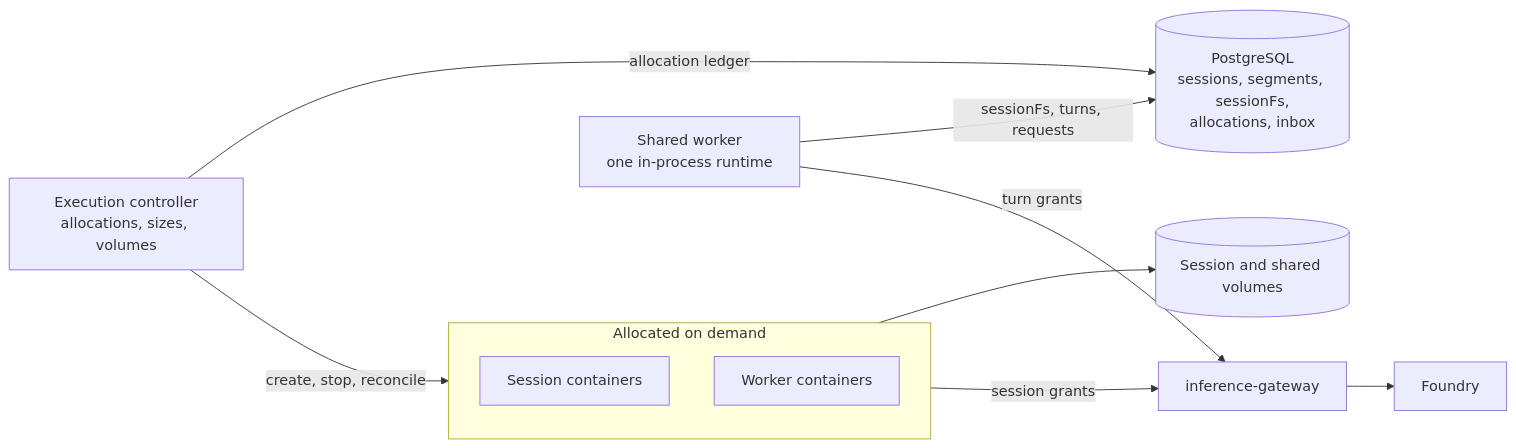
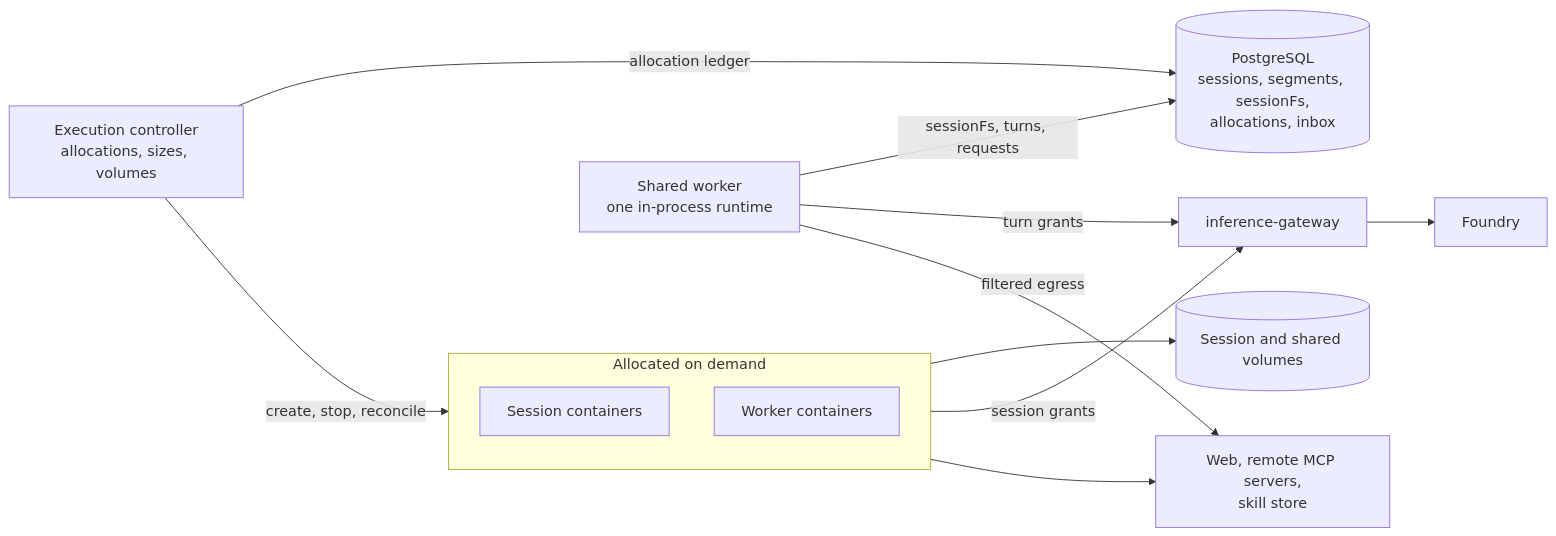
One commit to patniko/copilot-sdk-aspire changed the second of 4 diagrams in docs/HOSTING-MODES-PLAN.md. Above: the diagram before and after it, drawn with Mermaid. The commit also changed other lines of this file and 1 other file, not shown here.

````diff
--- a/docs/HOSTING-MODES-PLAN.md
+++ b/docs/HOSTING-MODES-PLAN.md
@@ -210,20 +258,23 @@
 ```mermaid
 flowchart LR
     Shared["Shared worker<br/>one in-process runtime"]
     Controller["Execution controller<br/>allocations, sizes, volumes"]
     subgraph Allocated["Allocated on demand"]
         Session["Session containers"]
         Workers["Worker containers"]
     end
     DB[("PostgreSQL<br/>sessions, segments, sessionFs,<br/>allocations, inbox")]
     Volumes[("Session and shared volumes")]
     Gateway["inference-gateway"]
     Foundry["Foundry"]
+    External["Web, remote MCP servers,<br/>skill store"]
     Shared -->|"sessionFs, turns, requests"| DB
     Controller -->|"allocation ledger"| DB
     Controller -->|"create, stop, reconcile"| Allocated
     Allocated --> Volumes
     Shared -->|"turn grants"| Gateway
     Allocated -->|"session grants"| Gateway
     Gateway --> Foundry
+    Shared -->|"filtered egress"| External
+    Allocated --> External
 ```
````
